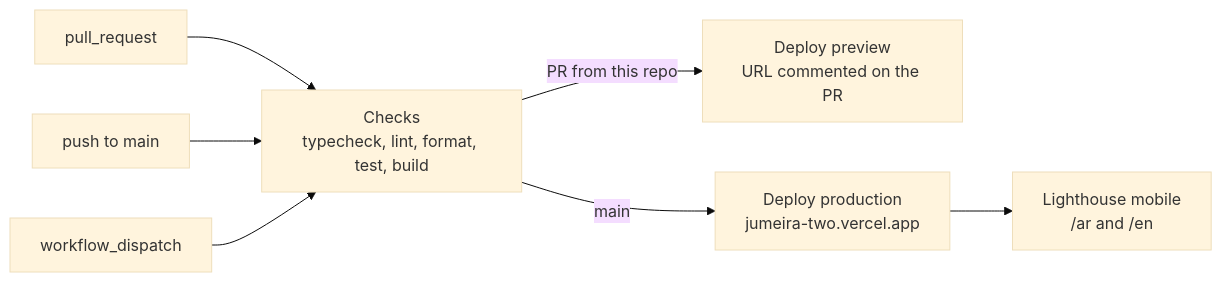
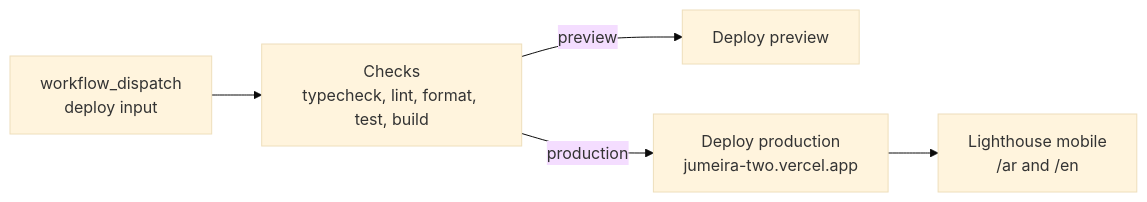
The second of 2 diagrams in content/repositories/jumeira.mdx (Adawy-Group/adawy-technical-docs), drawn with Mermaid (base theme) before and after one commit. The commit also changed other lines of this file and 39 other files, not shown here.

````diff
--- a/content/repositories/jumeira.mdx
+++ b/content/repositories/jumeira.mdx
@@ -531,9 +545,7 @@
 ```mermaid
 flowchart LR
-  PR[pull_request] --> K
-  PU[push to main] --> K
-  D[workflow_dispatch] --> K
-  K[Checks<br/>typecheck, lint, format, test, build] -->|PR from this repo| PV[Deploy preview<br/>URL commented on the PR]
-  K -->|main| PD[Deploy production<br/>jumeira-two.vercel.app]
+  D[workflow_dispatch<br/>deploy input] --> K
+  K[Checks<br/>typecheck, lint, format, test, build] -->|preview| PV[Deploy preview]
+  K -->|production| PD[Deploy production<br/>jumeira-two.vercel.app]
   PD --> L[Lighthouse mobile<br/>/ar and /en]
 ```
````
